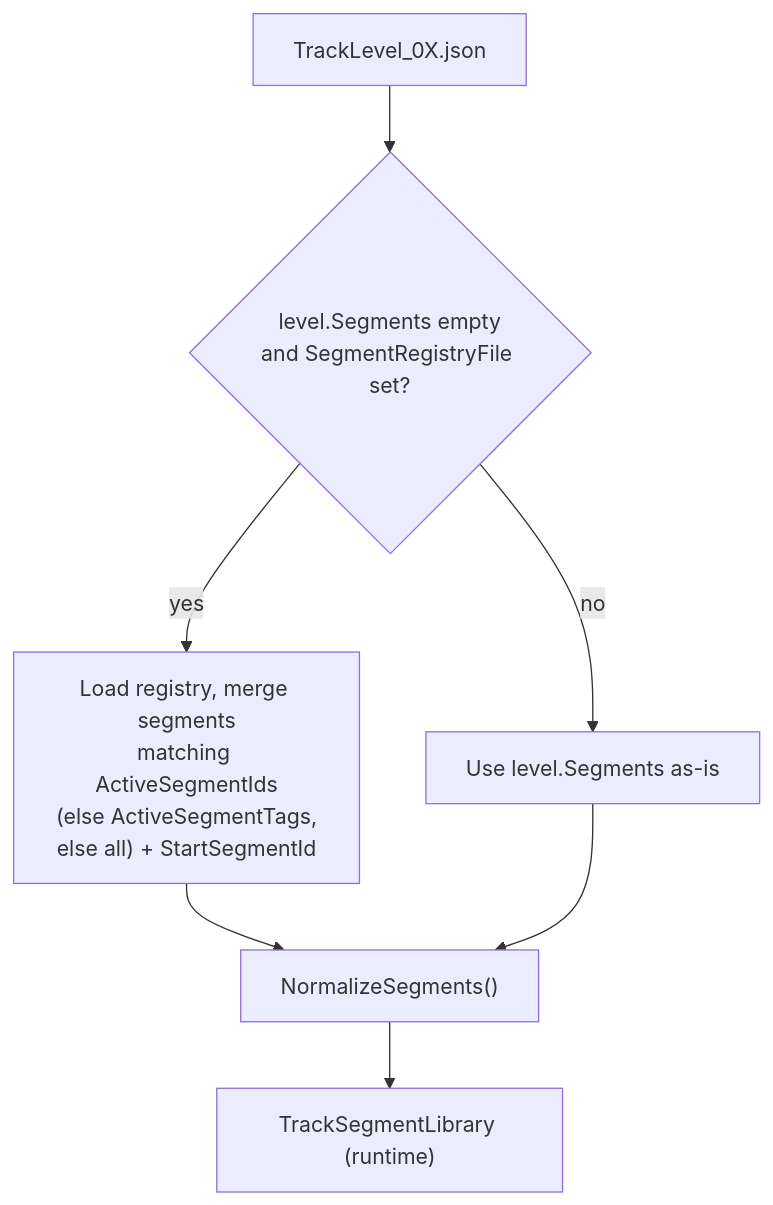
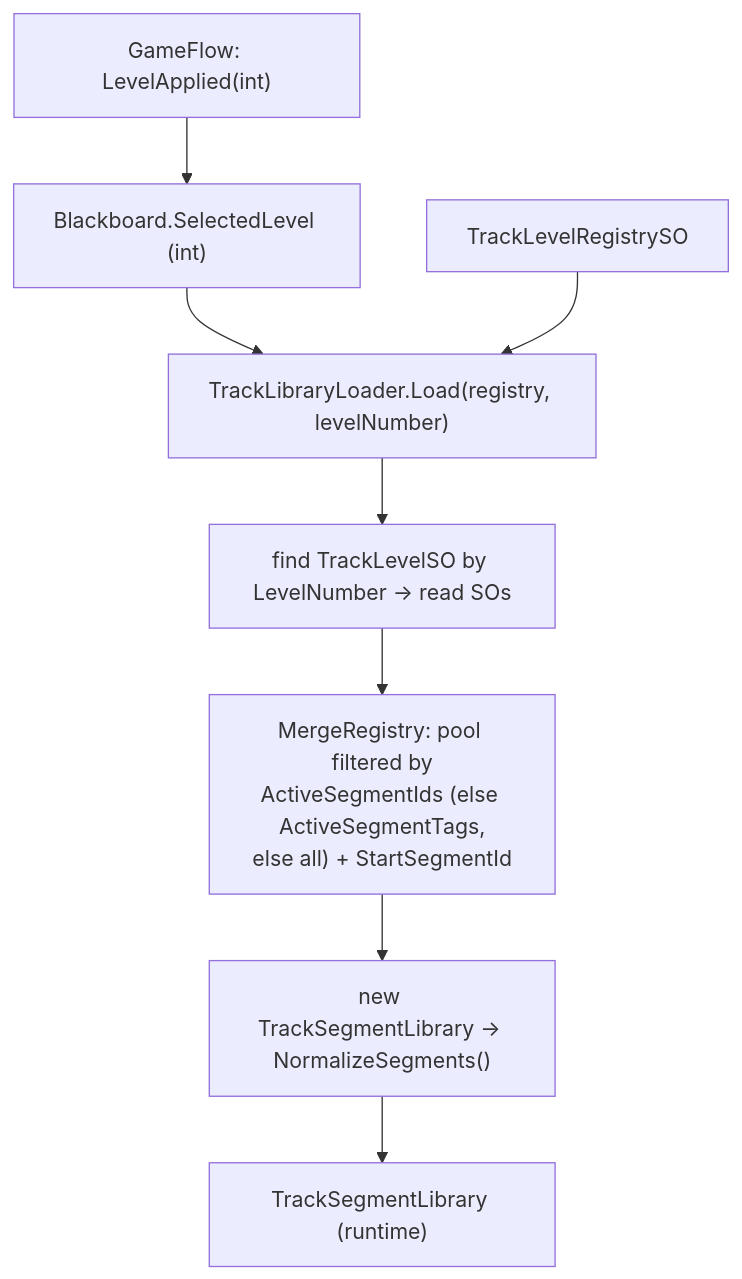
Before and after one commit to crawfis/EndlessRunnerTemplate: the second of 2 diagrams in docs/TRACKS.md, drawn with Mermaid. The commit also changed other lines of this file and 93 other files, not shown here.

First line of the commit message:
feat(track): author track data as ScriptableObjects; int level seam

````diff
--- a/docs/TRACKS.md
+++ b/docs/TRACKS.md
@@ -47,9 +59,10 @@
 ```mermaid
 flowchart TD
-    L["TrackLevel_0X.json"] --> M{"level.Segments empty<br/>and SegmentRegistryFile set?"}
-    M -- yes --> R["Load registry, merge segments<br/>matching ActiveSegmentIds<br/>(else ActiveSegmentTags,<br/>else all) + StartSegmentId"]
-    M -- no --> S["Use level.Segments as-is"]
-    R --> N["NormalizeSegments()"]
-    S --> N
+    SEL["GameFlow: LevelApplied(int)"] --> BB["Blackboard.SelectedLevel (int)"]
+    BB --> LD["TrackLibraryLoader.Load(registry, levelNumber)"]
+    REG["TrackLevelRegistrySO"] --> LD
+    LD --> F["find TrackLevelSO by LevelNumber → read SOs"]
+    F --> R["MergeRegistry: pool filtered by<br/>ActiveSegmentIds (else ActiveSegmentTags,<br/>else all) + StartSegmentId"]
+    R --> N["new TrackSegmentLibrary → NormalizeSegments()"]
     N --> LIB["TrackSegmentLibrary (runtime)"]
 ```
````
